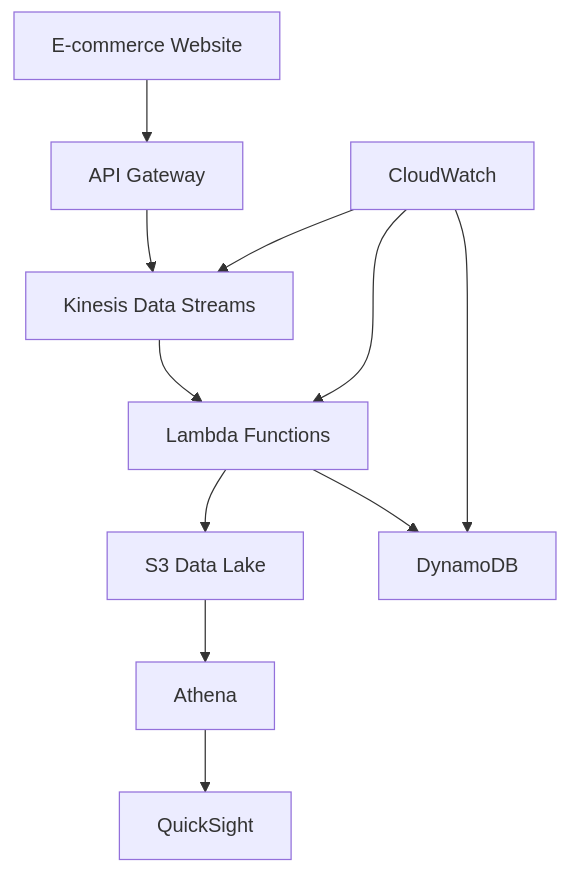
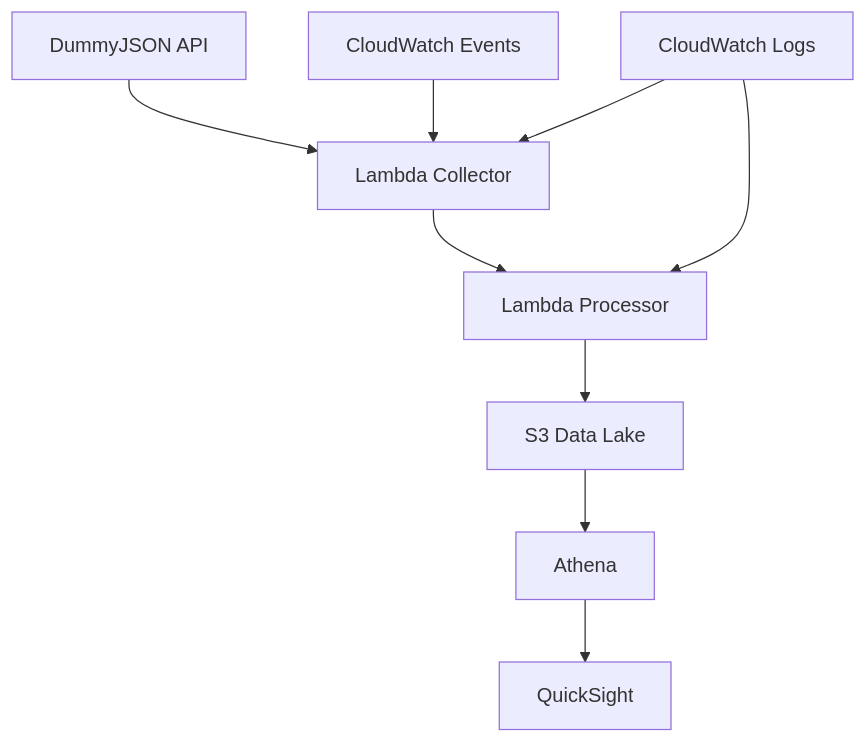
One commit to imvhuy/imvhuy.github.io changed the diagram in content/1-introduction-architecture/_index.md. Above: the diagram before and after it, drawn with Mermaid. The commit also changed other lines of this file and 34 other files, not shown here.

````diff
--- a/content/1-introduction-architecture/_index.md
+++ b/content/1-introduction-architecture/_index.md
@@ -116,13 +105,11 @@
 ```mermaid
 graph TD
-    A[E-commerce Website] --> B[API Gateway]
-    B --> C[Kinesis Data Streams]
-    C --> D[Lambda Functions]
+    A[DummyJSON API] --> B[Lambda Collector]
+    C[CloudWatch Events] --> B
+    B --> D[Lambda Processor]
     D --> E[S3 Data Lake]
-    D --> F[DynamoDB]
-    E --> G[Athena]
-    G --> H[QuickSight]
-    I[CloudWatch] --> D
-    I --> C
-    I --> F
+    E --> F[Athena]
+    F --> G[QuickSight]
+    H[CloudWatch Logs] --> B
+    H --> D
 ```
````
